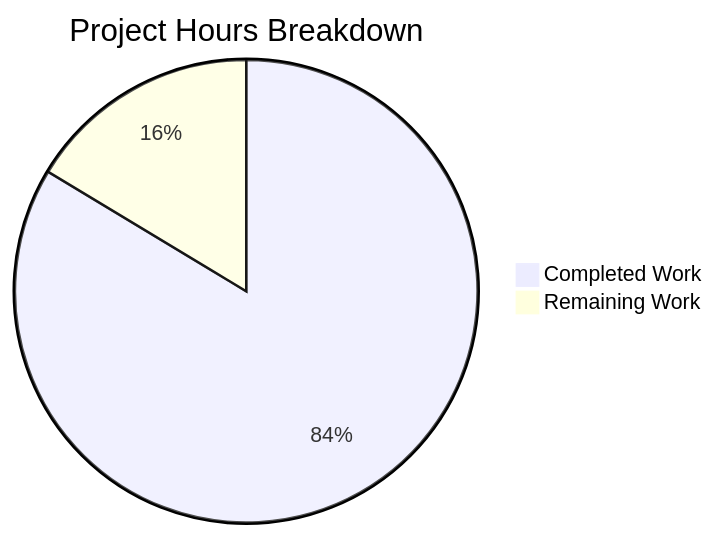
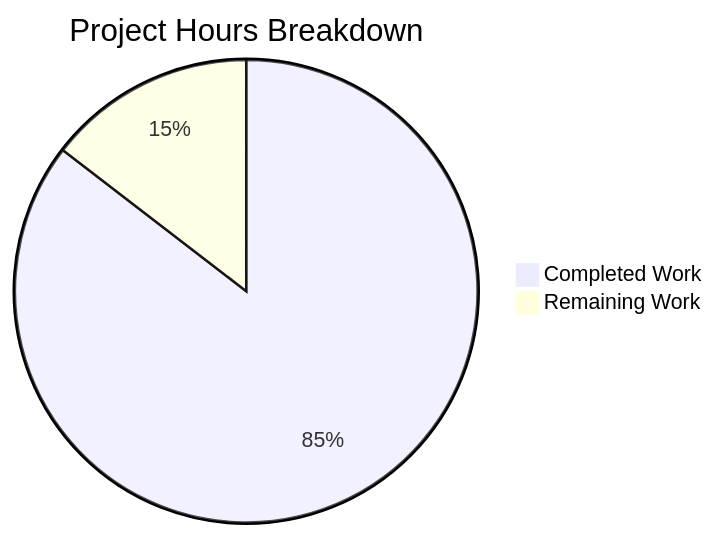
One commit to Blitzy-Sandbox/blitzy-RudderStack changed the second of 2 diagrams in blitzy/documentation/Project Guide.md. Above: the diagram before and after it, drawn with Mermaid. The commit also changed other lines of this file, not shown here.

Commit message:
Adding Blitzy Project Guide: Project Status and Human Tasks Remaining

````diff
--- a/blitzy/documentation/Project Guide.md
+++ b/blitzy/documentation/Project Guide.md
@@ -234,5 +219,5 @@
 ```mermaid
 pie title Project Hours Breakdown
-    "Completed Work" : 184
-    "Remaining Work" : 36
+    "Completed Work" : 176
+    "Remaining Work" : 30
 ```
````
